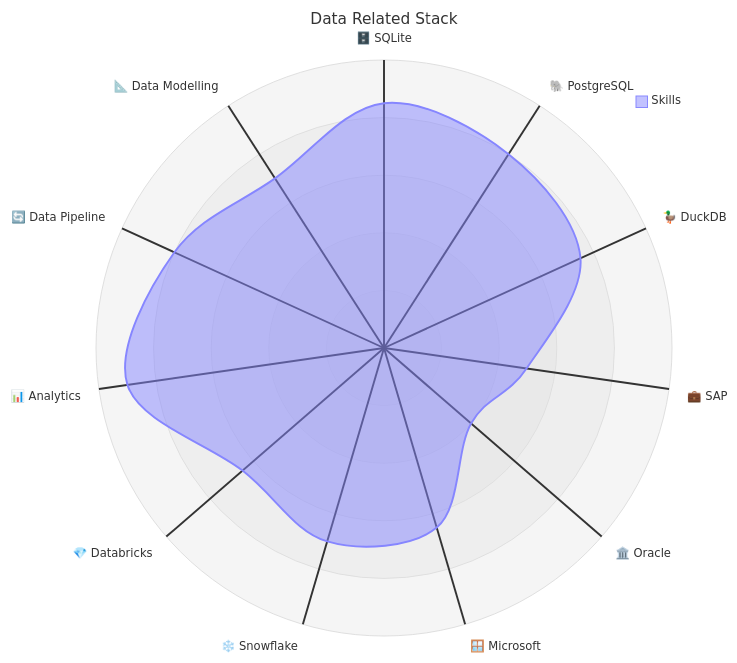
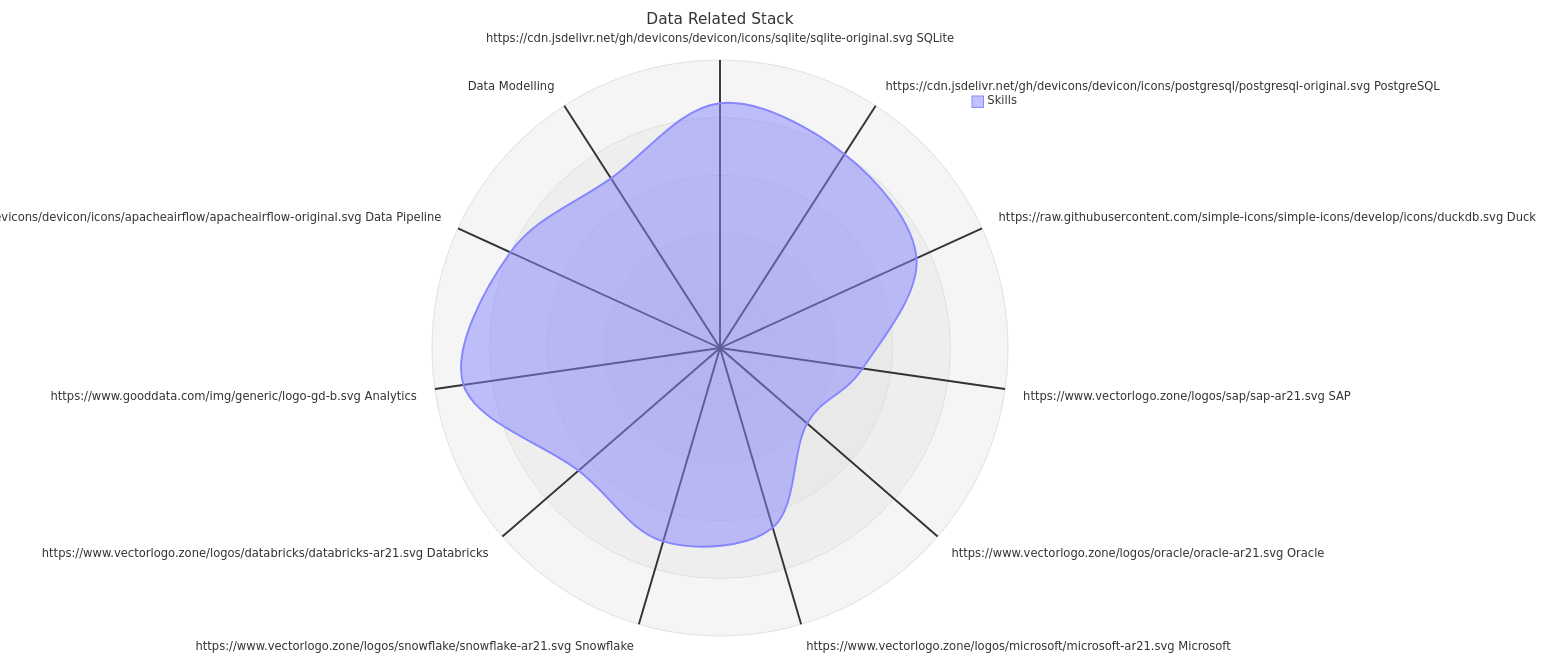
One commit to kubow/kubow changed the third of 5 diagrams in README.md. Above: the diagram before and after it, drawn with Mermaid. The commit also changed other lines of this file, not shown here.

````diff
--- a/README.md
+++ b/README.md
@@ -89,10 +158,10 @@
 ```mermaid
 radar-beta
   title Data Related Stack
-  axis SQLite["🗄️ SQLite"], PostgreSQL["🐘 PostgreSQL"], DuckDB["🦆 DuckDB"], SAP["💼 SAP"], Oracle["🏛️ Oracle"], Microsoft["🪟 Microsoft"], Snowflake["❄️ Snowflake"], Databricks["💎 Databricks"], Analytics["📊 Analytics"], DataPipeline["🔄 Data Pipeline"], DataModelling["📐 Data Modelling"]
-  curve Skills{85, 80, 75, 50, 40, 65, 70, 65, 90, 80, 70}
+  axis SQLite["https://cdn.jsdelivr.net/gh/devicons/devicon/icons/sqlite/sqlite-original.svg SQLite"], PostgreSQL["https://cdn.jsdelivr.net/gh/devicons/devicon/icons/postgresql/postgresql-original.svg PostgreSQL"], DuckDB["https://raw.githubusercontent.com/simple-icons/simple-icons/develop/icons/duckdb.svg DuckDB"], SAP["https://www.vectorlogo.zone/logos/sap/sap-ar21.svg SAP"], Oracle["https://www.vectorlogo.zone/logos/oracle/oracle-ar21.svg Oracle"], Microsoft["https://www.vectorlogo.zone/logos/microsoft/microsoft-ar21.svg Microsoft"], Snowflake["https://www.vectorlogo.zone/logos/snowflake/snowflake-ar21.svg Snowflake"], Databricks["https://www.vectorlogo.zone/logos/databricks/databricks-ar21.svg Databricks"], Analytics["https://www.gooddata.com/img/generic/logo-gd-b.svg Analytics"], DataPipeline["https://cdn.jsdelivr.net/gh/devicons/devicon/icons/apacheairflow/apacheairflow-original.svg Data Pipeline"], DataModelling["Data Modelling"]
+  curve Skills{ 85, 80, 75, 50, 40, 65, 70, 65, 90, 80, 70 }
   max 100
   min 0
   graticule circle
   ticks 5
 ```
````
